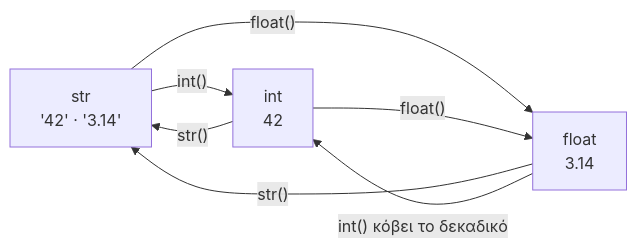
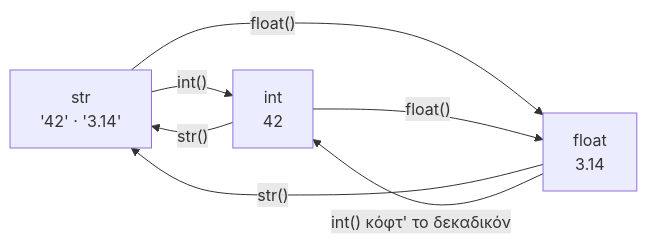
The fifth of 5 diagrams in week1.qmd (zafeirakopoulos/pliroforiki), drawn with Mermaid before and after one commit. The commit also changed other lines of this file, not shown here.

````diff
--- a/week1.qmd
+++ b/week1.qmd
@@ -350,12 +350,12 @@
 ```{mermaid}
 flowchart LR
     str["str<br>'42' · '3.14'"]
     int["int<br>42"]
     float["float<br>3.14"]
     str -->|"int()"| int
     str -->|"float()"| float
     int -->|"str()"| str
     float -->|"str()"| str
     int -->|"float()"| float
-    float -->|"int() κόβει το δεκαδικό"| int
+    float -->|"int() κόφτ' το δεκαδικόν"| int
 ```
````
